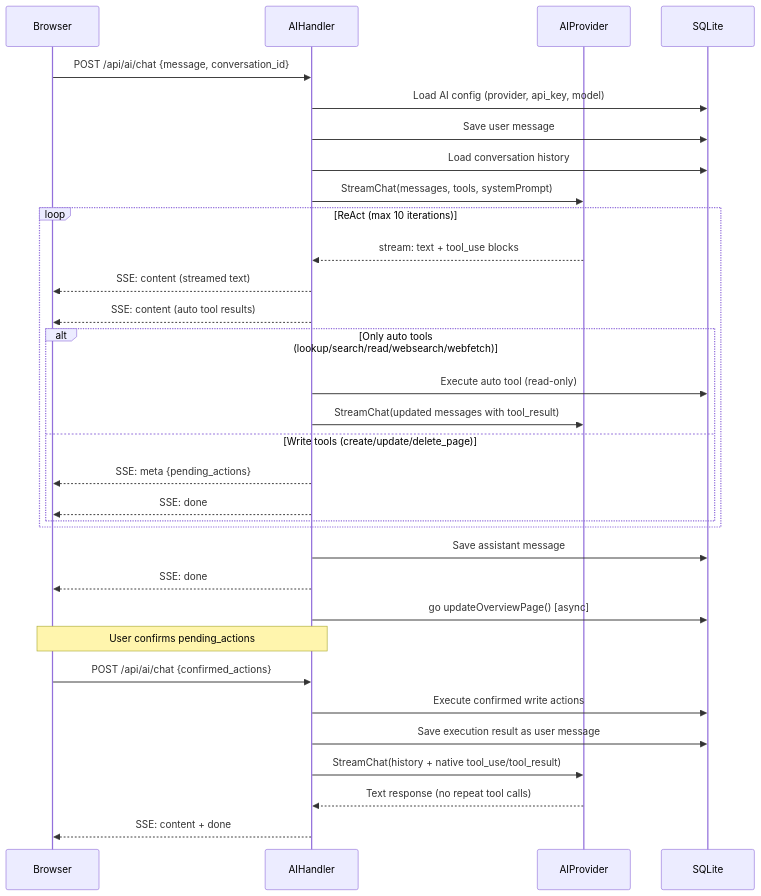
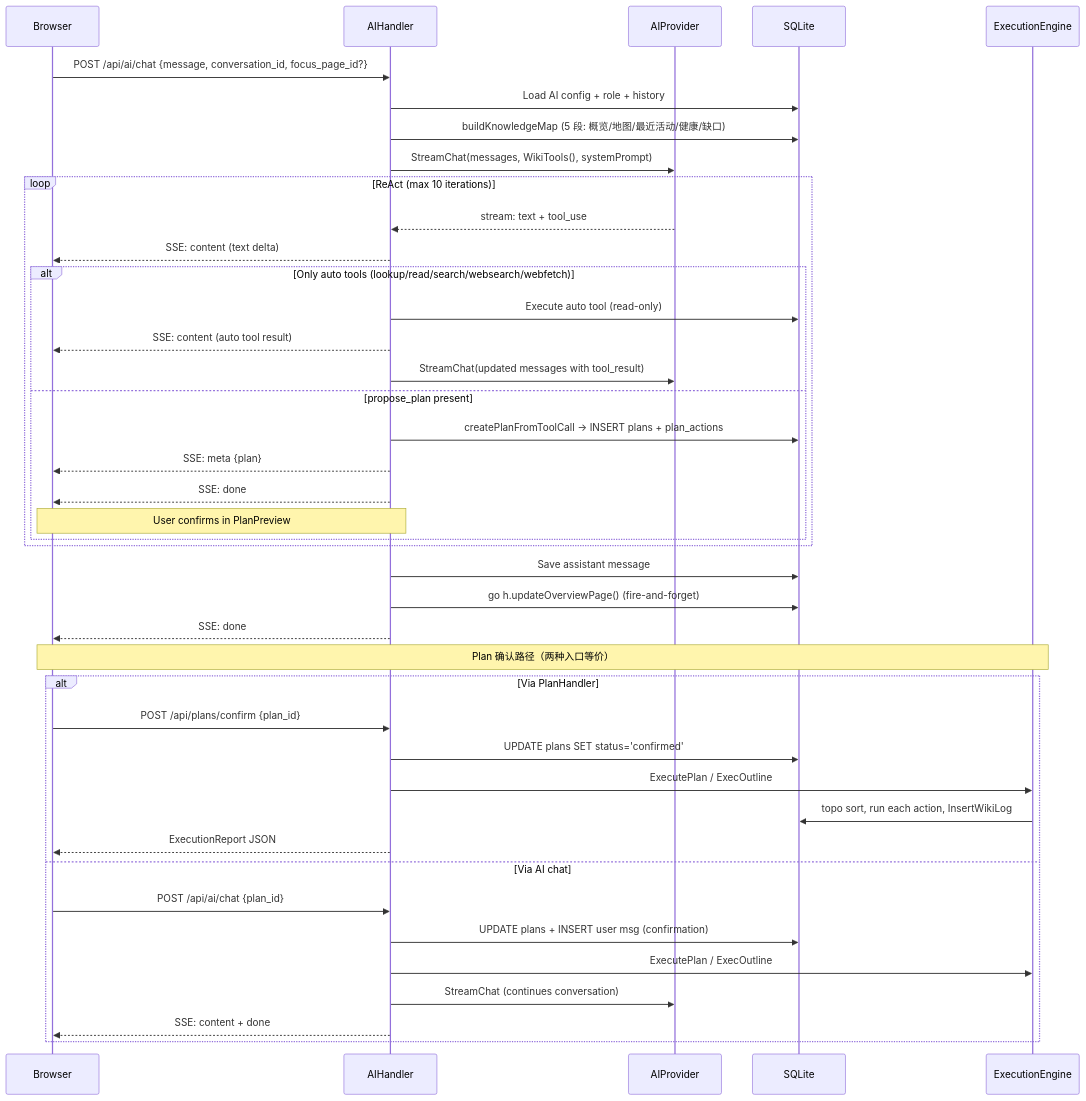
The second of 3 diagrams in ARCHITECTURE.md (IrvingYoung/learn-helper), drawn with Mermaid before and after one commit. The commit also changed other lines of this file and 39 other files, not shown here.

````diff
--- a/ARCHITECTURE.md
+++ b/ARCHITECTURE.md
@@ -114,39 +162,49 @@
 ```mermaid
 sequenceDiagram
     participant U as Browser
     participant H as AIHandler
     participant AI as AIProvider
     participant DB as SQLite
+    participant E as ExecutionEngine
 
-    U->>H: POST /api/ai/chat {message, conversation_id}
-    H->>DB: Load AI config (provider, api_key, model)
-    H->>DB: Save user message
-    H->>DB: Load conversation history
-    H->>AI: StreamChat(messages, tools, systemPrompt)
+    U->>H: POST /api/ai/chat {message, conversation_id, focus_page_id?}
+    H->>DB: Load AI config + role + history
+    H->>DB: buildKnowledgeMap (5 段: 概览/地图/最近活动/健康/缺口)
+    H->>AI: StreamChat(messages, WikiTools(), systemPrompt)
 
     loop ReAct (max 10 iterations)
-        AI-->>H: stream: text + tool_use blocks
-        H-->>U: SSE: content (streamed text)
-        H-->>U: SSE: content (auto tool results)
+        AI-->>H: stream: text + tool_use
+        H-->>U: SSE: content (text delta)
 
-        alt Only auto tools (lookup/search/read/websearch/webfetch)
+        alt Only auto tools (lookup/read/search/websearch/webfetch)
             H->>DB: Execute auto tool (read-only)
+            H-->>U: SSE: content (auto tool result)
             H->>AI: StreamChat(updated messages with tool_result)
-        else Write tools (create/update/delete_page)
-            H-->>U: SSE: meta {pending_actions}
+        else propose_plan present
+            H->>DB: createPlanFromToolCall → INSERT plans + plan_actions
+            H-->>U: SSE: meta {plan}
             H-->>U: SSE: done
+            Note over U,H: User confirms in PlanPreview
         end
     end
 
     H->>DB: Save assistant message
+    H->>DB: go h.updateOverviewPage() (fire-and-forget)
     H-->>U: SSE: done
-    H->>DB: go updateOverviewPage() [async]
 
-    Note over U,H: User confirms pending_actions
-    U->>H: POST /api/ai/chat {confirmed_actions}
-    H->>DB: Execute confirmed write actions
-    H->>DB: Save execution result as user message
-    H->>AI: StreamChat(history + native tool_use/tool_result)
-    AI-->>H: Text response (no repeat tool calls)
-    H-->>U: SSE: content + done
+    Note over U,E: Plan 确认路径（两种入口等价）
+
+    alt Via PlanHandler
+        U->>H: POST /api/plans/confirm {plan_id}
+        H->>DB: UPDATE plans SET status='confirmed'
+        H->>E: ExecutePlan / ExecOutline
+        E->>DB: topo sort, run each action, InsertWikiLog
+        H-->>U: ExecutionReport JSON
+    else Via AI chat
+        U->>H: POST /api/ai/chat {plan_id}
+        H->>DB: UPDATE plans + INSERT user msg (confirmation)
+        H->>E: ExecutePlan / ExecOutline
+        H->>AI: StreamChat (continues conversation)
+        H-->>U: SSE: content + done
+    end
 ```
````
